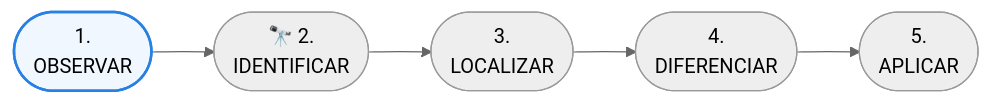
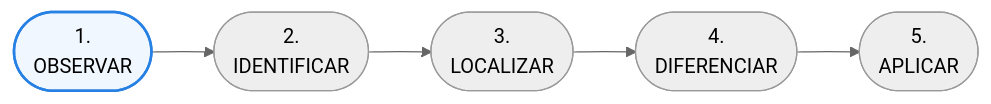
One commit to vegaper/DBA-Study-Guide changed the first of 2 diagrams in procesos.qmd. Above: the diagram before and after it, drawn with Mermaid (neutral theme). The commit also changed other lines of this file, not shown here.

````diff
--- a/procesos.qmd
+++ b/procesos.qmd
@@ -114,10 +114,10 @@
 ```{mermaid}
 flowchart LR
-    A([ 1.<br>OBSERVAR]) --> B([🔭 2.<br>IDENTIFICAR])
+    A([ 1.<br>OBSERVAR]) --> B([2.<br>IDENTIFICAR])
     B --> C([ 3.<br>LOCALIZAR])
     C --> D([ 4.<br>DIFERENCIAR])
     D --> E([ 5.<br>APLICAR])    
     %% Estilos para mantener los tonos de tu web
     style A fill:#f0f7ff,stroke:#2780e3,stroke-width:2px
    
 ```
````
